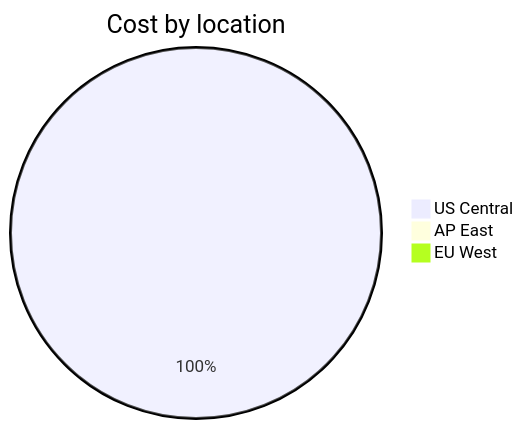
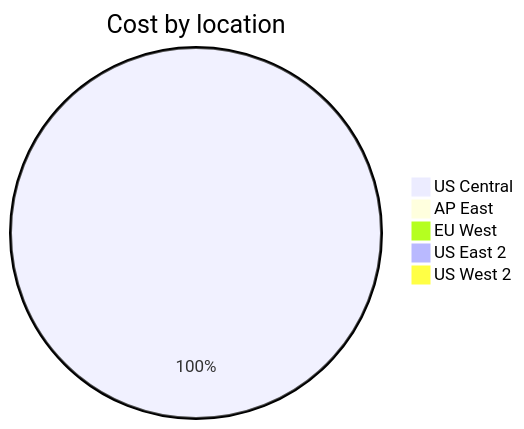
One commit to jpfulton/azure-personal-reports changed the third of 4 diagrams in cost-reports/personal-site/README.md. Above: the diagram before and after it, drawn with Mermaid. The commit also changed other lines of this file and 6 other files, not shown here.

````diff
--- a/cost-reports/personal-site/README.md
+++ b/cost-reports/personal-site/README.md
@@ -113,7 +115,9 @@
 ```mermaid
 pie
    title Cost by location
-   "US Central" : 0.42
+   "US Central" : 0.87
    "AP East" : 0.00
    "EU West" : 0.00
+   "US East 2" : 0.00
+   "US West 2" : 0.00
 ```
````
